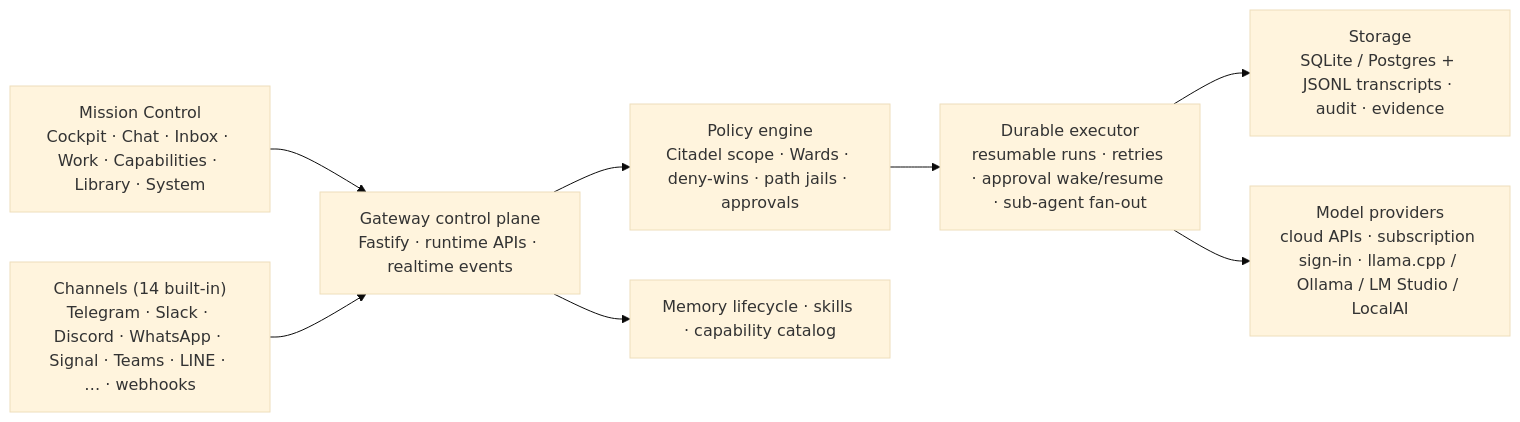
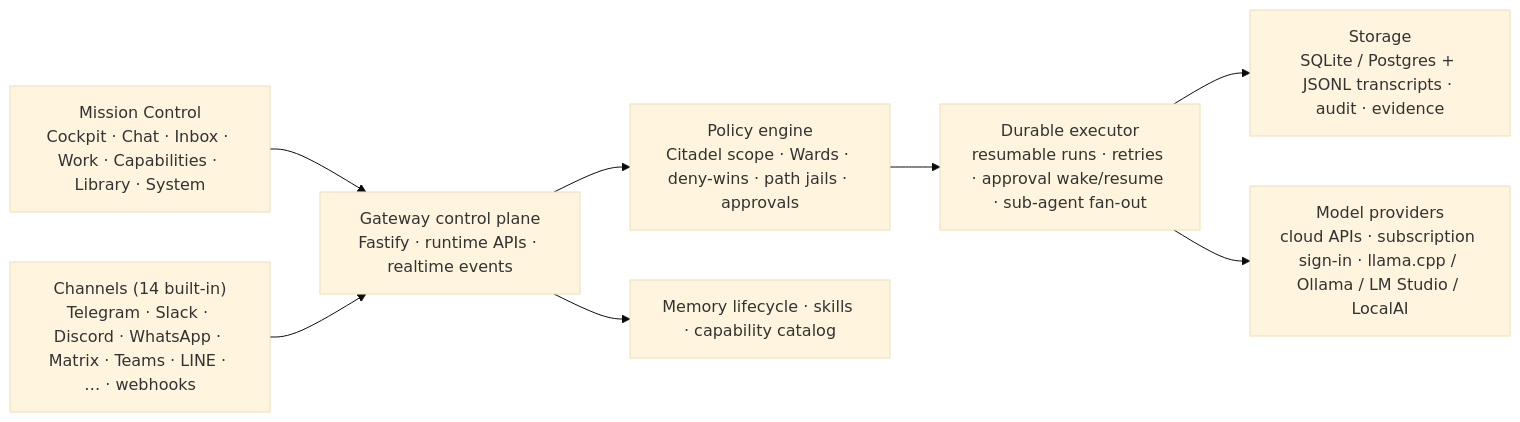
One commit to goatcitadel/GoatCitadel changed the diagram in README.md. Above: the diagram before and after it, drawn with Mermaid (base theme). The commit also changed other lines of this file and 73 other files, not shown here.

````diff
--- a/README.md
+++ b/README.md
@@ -436,12 +436,12 @@
 ```mermaid
 flowchart LR
   MC["Mission Control<br/>Cockpit · Chat · Inbox · Work · Capabilities · Library · System"] --> GW
-  CH["Channels (14 built-in)<br/>Telegram · Slack · Discord · WhatsApp · Signal · Teams · LINE · … · webhooks"] --> GW
+  CH["Channels (14 built-in)<br/>Telegram · Slack · Discord · WhatsApp · Matrix · Teams · LINE · … · webhooks"] --> GW
   GW["Gateway control plane<br/>Fastify · runtime APIs · realtime events"] --> POL
   POL["Policy engine<br/>Citadel scope · Wards · deny-wins · path jails · approvals"] --> DUR
   GW --> MEM["Memory lifecycle · skills · capability catalog"]
   DUR["Durable executor<br/>resumable runs · retries · approval wake/resume · sub-agent fan-out"] --> ST
   DUR --> PRV
   ST["Storage<br/>SQLite / Postgres + JSONL transcripts · audit · evidence"]
   PRV["Model providers<br/>cloud APIs · subscription sign-in · llama.cpp / Ollama / LM Studio / LocalAI"]
 ```
````
